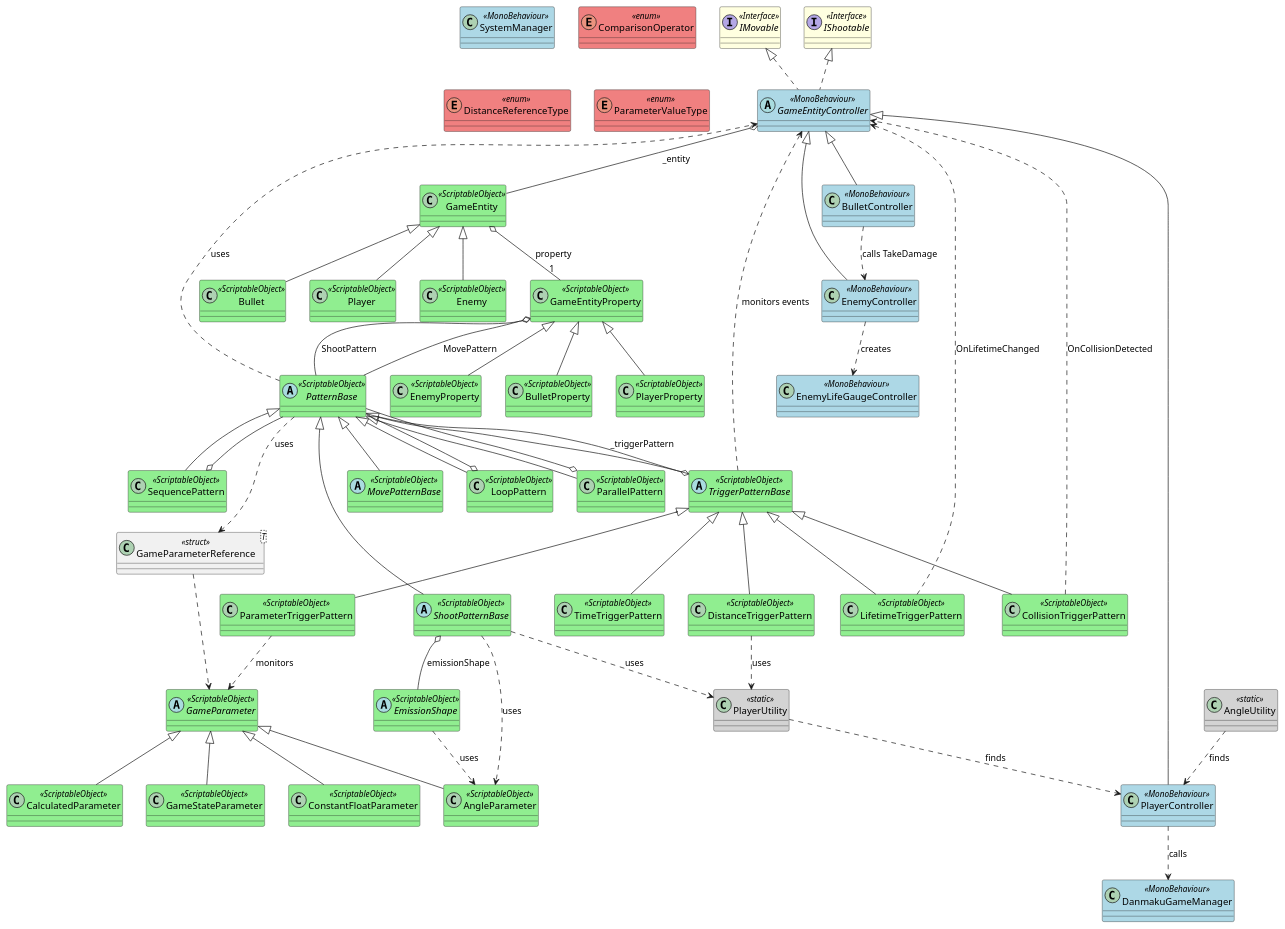
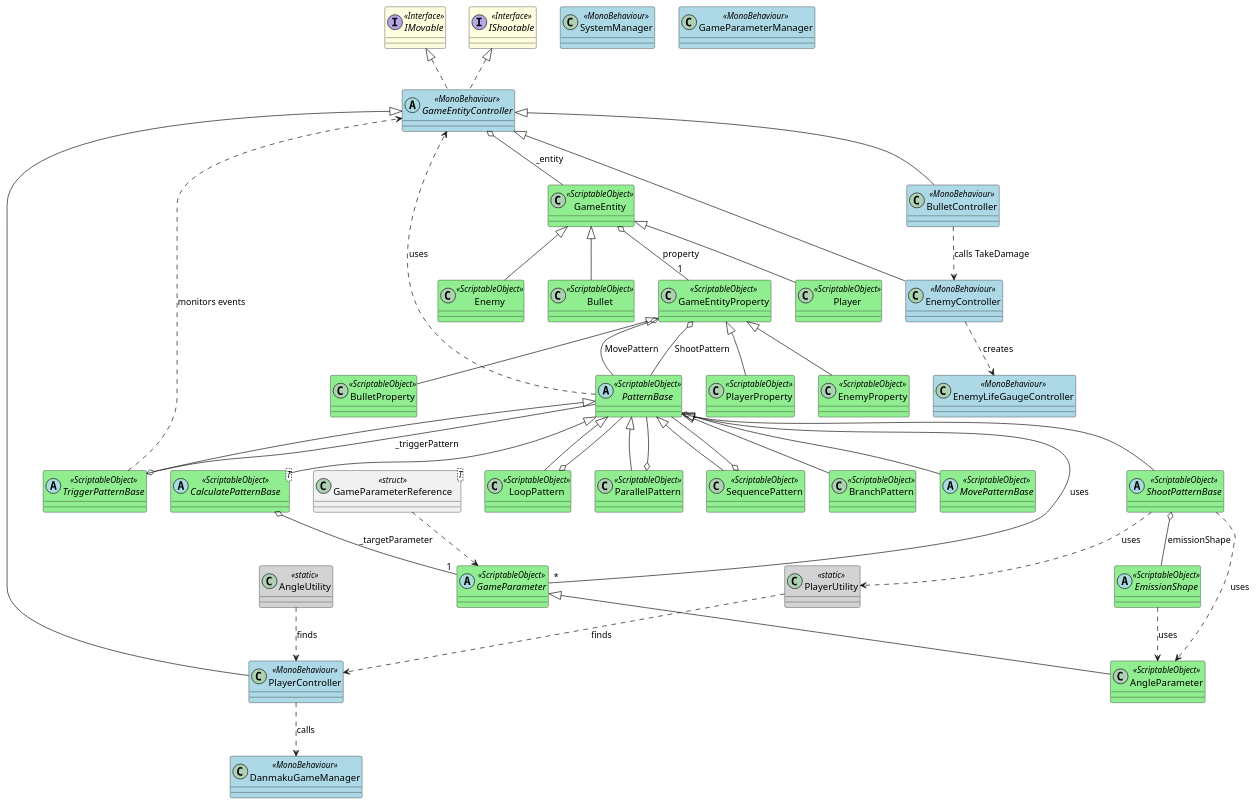
Before and after one commit to himitu-da/Touhou-Spell-Up: the diagram in CurrentClassDiagram_02_Overview.puml, drawn with PlantUML. The commit also changed 158 other files, not shown here.

```diff
--- a/CurrentClassDiagram_02_Overview.puml
+++ b/CurrentClassDiagram_02_Overview.puml
@@ -1,128 +1,109 @@
 @startuml ClassDiagram_Overview
-' v0.1.13 - TriggerPatternシステム追加
+' v0.1.15 - パターン実行条件、計算パターン、内部角度管理の追加
 ' ステレオタイプの色設定
 skinparam class {
     BackgroundColor<<MonoBehaviour>> LightBlue
     BackgroundColor<<ScriptableObject>> LightGreen
     BackgroundColor<<Interface>> LightYellow
     BackgroundColor<<static>> LightGray
     BackgroundColor<<enum>> LightCoral
 }
 
 ' --- インターフェース定義 ---
 interface IMovable <<Interface>>
 interface IShootable <<Interface>>
 
 ' --- マネージャー ---
 class SystemManager <<MonoBehaviour>>
 class DanmakuGameManager <<MonoBehaviour>>
+class GameParameterManager <<MonoBehaviour>>
 
 ' --- エンティティ基盤 ---
 abstract class GameEntityController <<MonoBehaviour>>
 class GameEntity <<ScriptableObject>>
 class GameEntityProperty <<ScriptableObject>>
 
 ' --- Player ---
 class PlayerController <<MonoBehaviour>>
 class Player <<ScriptableObject>>
 class PlayerProperty <<ScriptableObject>>
 
 ' --- Enemy ---
 class EnemyController <<MonoBehaviour>>
 class Enemy <<ScriptableObject>>
 class EnemyProperty <<ScriptableObject>>
 
 ' --- Bullet ---
 class BulletController <<MonoBehaviour>>
 class Bullet <<ScriptableObject>>
 class BulletProperty <<ScriptableObject>>
 
 ' --- パターン関連 ---
 abstract class PatternBase <<ScriptableObject>>
 abstract class MovePatternBase <<ScriptableObject>>
 abstract class ShootPatternBase <<ScriptableObject>>
 abstract class TriggerPatternBase <<ScriptableObject>>
-class TimeTriggerPattern <<ScriptableObject>>
-class LifetimeTriggerPattern <<ScriptableObject>>
-class CollisionTriggerPattern <<ScriptableObject>>
-class DistanceTriggerPattern <<ScriptableObject>>
-class ParameterTriggerPattern <<ScriptableObject>>
+abstract class "CalculatePatternBase<T>" as CalculatePatternBase_T <<ScriptableObject>>
 class LoopPattern <<ScriptableObject>>
 class ParallelPattern <<ScriptableObject>>
 class SequencePattern <<ScriptableObject>>
+class BranchPattern <<ScriptableObject>>
 abstract class EmissionShape <<ScriptableObject>>
 
 ' --- GameParameter関連 ---
 abstract class GameParameter <<ScriptableObject>>
 class AngleParameter <<ScriptableObject>>
-class ConstantFloatParameter <<ScriptableObject>>
-class CalculatedParameter <<ScriptableObject>>
-class GameStateParameter <<ScriptableObject>>
 class "GameParameterReference<T>" as GameParameterReference_T <<struct>>
-
-' --- Enums ---
-enum ComparisonOperator <<enum>>
-enum DistanceReferenceType <<enum>>
-enum ParameterValueType <<enum>>
 
 ' --- その他 ---
 class EnemyLifeGaugeController <<MonoBehaviour>>
 class AngleUtility <<static>>
 class PlayerUtility <<static>>
 
 ' --- 継承関係 ---
 GameEntityController <|-- PlayerController
 GameEntityController <|-- EnemyController
 GameEntityController <|-- BulletController
 GameEntity <|-- Player
 GameEntity <|-- Enemy
 GameEntity <|-- Bullet
 GameEntityProperty <|-- PlayerProperty
 GameEntityProperty <|-- EnemyProperty
 GameEntityProperty <|-- BulletProperty
 PatternBase <|-- MovePatternBase
 PatternBase <|-- ShootPatternBase
 PatternBase <|-- TriggerPatternBase
+PatternBase <|-- CalculatePatternBase_T
 PatternBase <|-- LoopPattern
 PatternBase <|-- ParallelPattern
 PatternBase <|-- SequencePattern
-TriggerPatternBase <|-- TimeTriggerPattern
-TriggerPatternBase <|-- LifetimeTriggerPattern
-TriggerPatternBase <|-- CollisionTriggerPattern
-TriggerPatternBase <|-- DistanceTriggerPattern
-TriggerPatternBase <|-- ParameterTriggerPattern
+PatternBase <|-- BranchPattern
 GameParameter <|-- AngleParameter
-GameParameter <|-- ConstantFloatParameter
-GameParameter <|-- CalculatedParameter
-GameParameter <|-- GameStateParameter
 GameParameterReference_T ..> GameParameter
 IMovable <|.. GameEntityController
 IShootable <|.. GameEntityController
 
 ' --- 関連 ---
 PlayerController ..> DanmakuGameManager : "calls"
 GameEntityController o-- GameEntity : " _entity"
 GameEntity o-- "1" GameEntityProperty : " property"
 GameEntityProperty o-- PatternBase : "ShootPattern"
 GameEntityProperty o-- PatternBase : "MovePattern"
 PatternBase ..> GameEntityController : "uses"
-PatternBase ..> GameParameterReference_T : "uses"
+PatternBase o-- "*" GameParameter : "uses"
 TriggerPatternBase o-- PatternBase : "_triggerPattern"
 TriggerPatternBase ..> GameEntityController : "monitors events"
-LifetimeTriggerPattern ..> GameEntityController : "OnLifetimeChanged"
-CollisionTriggerPattern ..> GameEntityController : "OnCollisionDetected"
-ParameterTriggerPattern ..> GameParameter : "monitors"
-DistanceTriggerPattern ..> PlayerUtility : "uses"
+CalculatePatternBase_T o-- "1" GameParameter : "_targetParameter"
 LoopPattern o-- PatternBase
 ParallelPattern o-- PatternBase
 SequencePattern o-- PatternBase
 ShootPatternBase o-- EmissionShape : "emissionShape"
 ShootPatternBase ..> AngleParameter : "uses"
 EmissionShape ..> AngleParameter : "uses"
 BulletController ..> EnemyController : "calls TakeDamage"
 EnemyController ..> EnemyLifeGaugeController : "creates"
 AngleUtility ..> PlayerController : "finds"
 PlayerUtility ..> PlayerController : "finds"
 ShootPatternBase ..> PlayerUtility : "uses"
 
 @enduml
```
